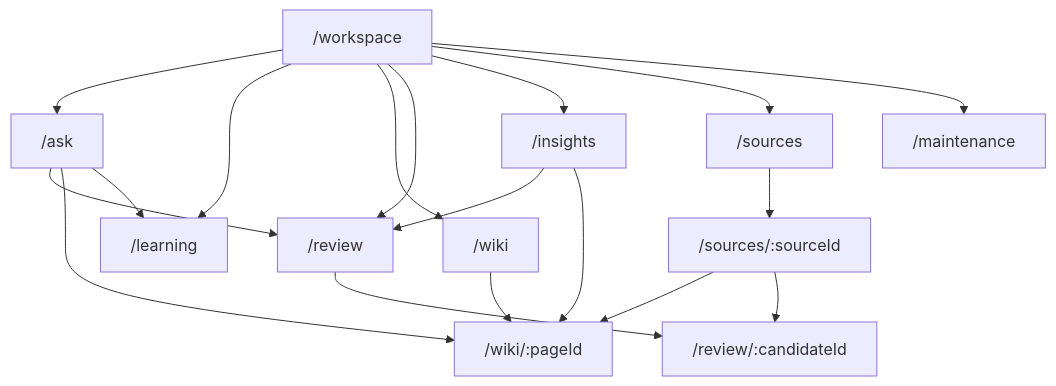
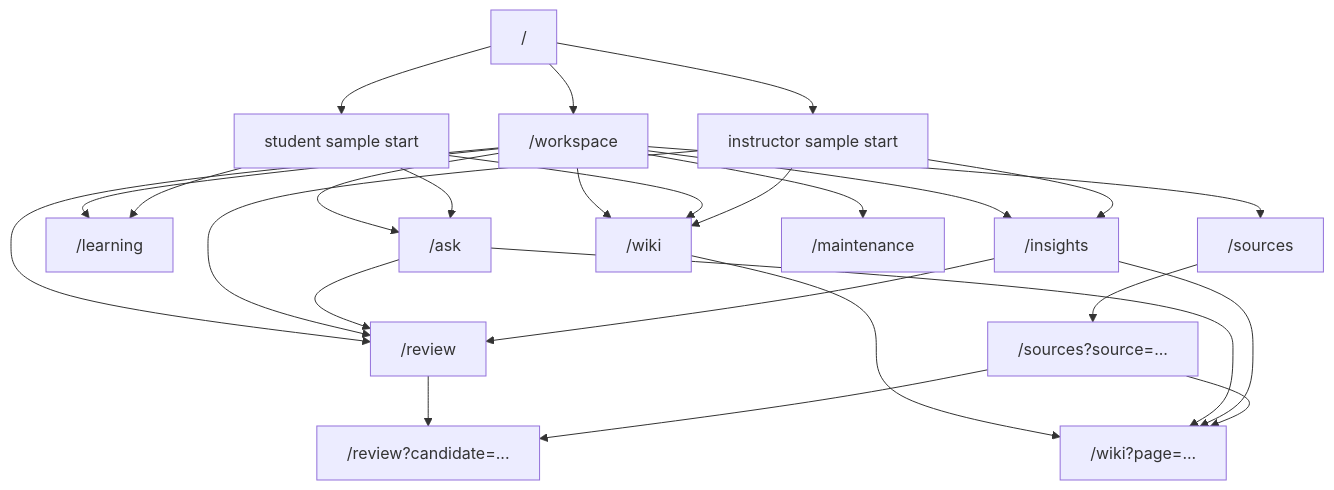
The diagram in SITE.md (nullhyeon/Knowloop), drawn with Mermaid before and after one commit. The commit also changed other lines of this file and 5 other files, not shown here.

````diff
--- a/SITE.md
+++ b/SITE.md
@@ -111,20 +113,28 @@
 ```mermaid
 flowchart TD
-    A["/workspace"] --> B["/ask"]
-    A --> C["/learning"]
-    A --> D["/wiki"]
-    A --> E["/review"]
-    A --> F["/insights"]
-    A --> G["/sources"]
-    A --> H["/maintenance"]
-    D --> D1["/wiki/:pageId"]
-    E --> E1["/review/:candidateId"]
-    G --> G1["/sources/:sourceId"]
+    H0["/"] --> A["/workspace"]
+    H0 --> B["student sample start"]
+    H0 --> C["instructor sample start"]
+    A --> D["/ask"]
+    A --> E["/learning"]
+    A --> F["/wiki"]
+    A --> G["/review"]
+    A --> H["/insights"]
+    A --> I["/sources"]
+    A --> J["/maintenance"]
+    B --> D
     B --> E
-    B --> D1
-    B --> C
-    F --> E
-    F --> D1
-    G1 --> D1
-    G1 --> E1
+    B --> F
+    C --> H
+    C --> G
+    C --> F
+    F --> F1["/wiki?page=..."]
+    G --> G1["/review?candidate=..."]
+    I --> I1["/sources?source=..."]
+    D --> G
+    D --> F1
+    H --> G
+    H --> F1
+    I1 --> F1
+    I1 --> G1
 ```
````
